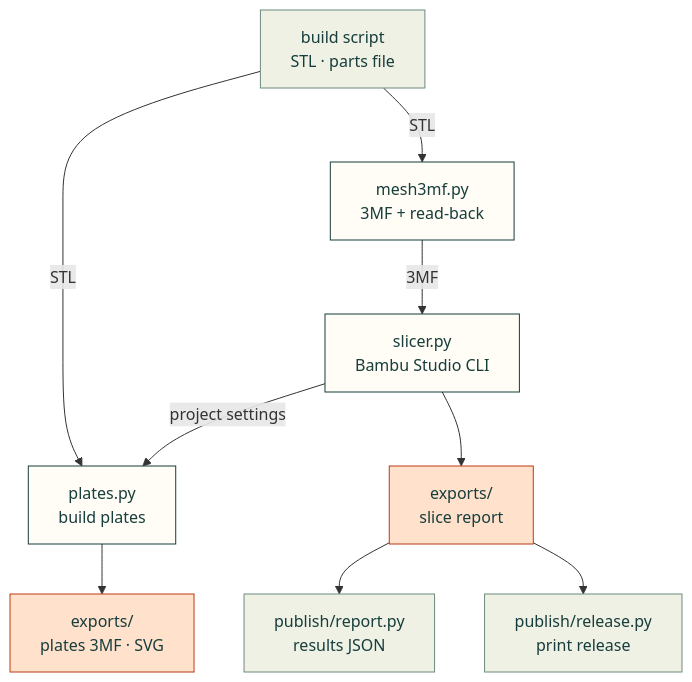
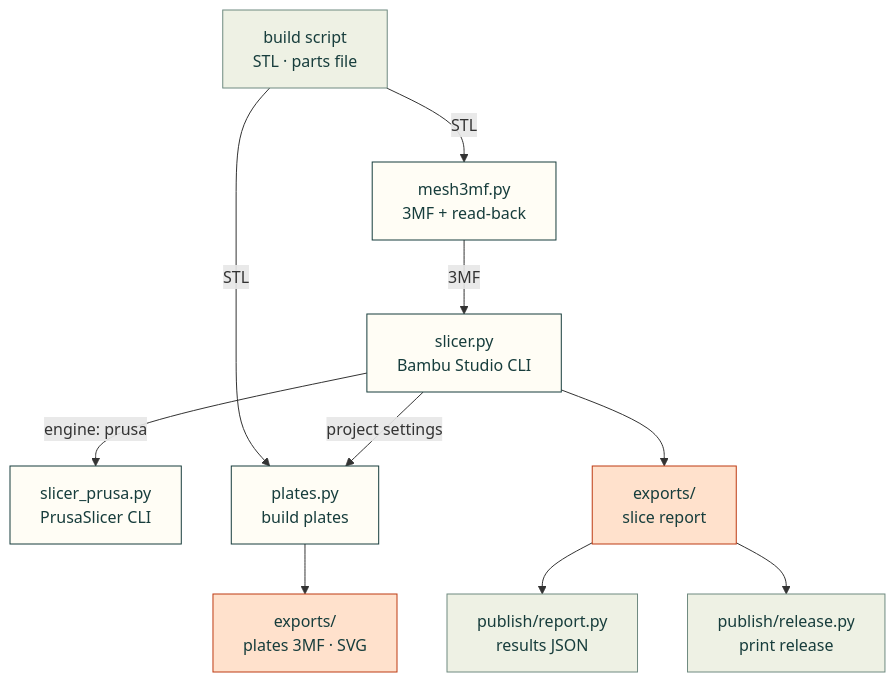
Before and after one commit to Valpatel/cad-agent: the diagram in src/cadagent/manufacturing/README.md, drawn with Mermaid. The commit also changed other lines of this file and 19 other files, not shown here.

First line of the commit message:
Slicing with PrusaSlicer: cad.slicer.engine: prusa, presets resolved by PrusaSlicer itself (#242)

````diff
--- a/src/cadagent/manufacturing/README.md
+++ b/src/cadagent/manufacturing/README.md
@@ -11,17 +12,18 @@
 ```mermaid
 flowchart TD
     B["build script<br/>STL · parts file"] -->|"STL"| M3["mesh3mf.py<br/>3MF + read-back"]
     M3 -->|"3MF"| SL["slicer.py<br/>Bambu Studio CLI"]
+    SL -->|"engine: prusa"| SP["slicer_prusa.py<br/>PrusaSlicer CLI"]
     B -->|"STL"| PL["plates.py<br/>build plates"]
     SL -->|"project settings"| PL
     PL --> PF["exports/<br/>plates 3MF · SVG"]
     SL --> SR["exports/<br/>slice report"]
     SR --> R["publish/report.py<br/>results JSON"]
     SR --> REL["publish/release.py<br/>print release"]
     classDef here fill:#fffdf5,stroke:#173d3c,color:#173d3c
     classDef near fill:#eef1e4,stroke:#6f8a80,color:#173d3c
     classDef out fill:#ffe1cc,stroke:#bd3a12,color:#173d3c
-    class M3,SL,PL here
+    class M3,SL,SP,PL here
     class B,R,REL near
     class SR,PF out
 ```
````
